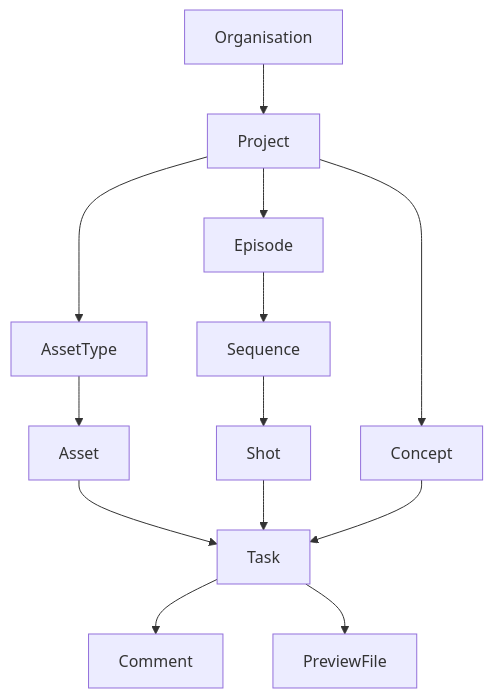
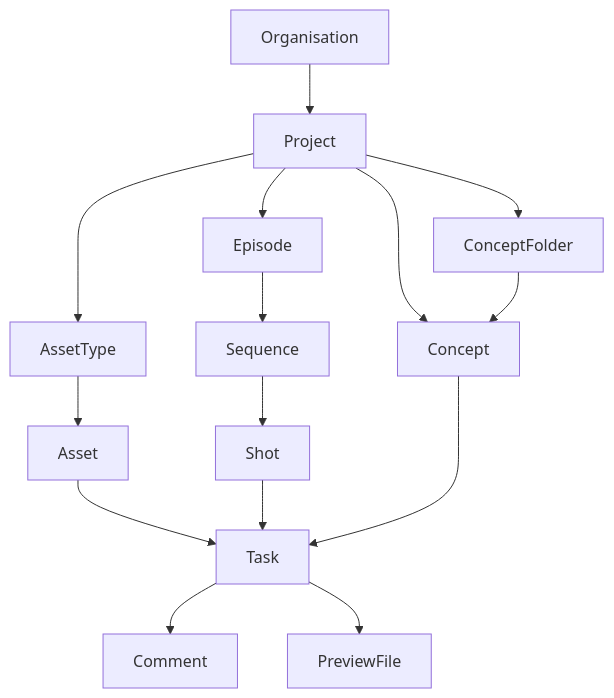
Before and after one commit to cgwire/kitsu-developer-documentation: the diagram in docs/references/data-models.md, drawn with Mermaid. The commit also changed other lines of this file and 1 other file, not shown here.

First line of the commit message:
[references] Document concept folders

````diff
--- a/docs/references/data-models.md
+++ b/docs/references/data-models.md
@@ -7,15 +7,17 @@
 ```mermaid
 graph TD
     O[Organisation] --> P[Project]
     P --> E[Episode]
     E --> SEQ[Sequence]
     SEQ --> S[Shot]
     P --> AT[AssetType]
     AT --> A[Asset]
     P --> C[Concept]
+    P --> CF[ConceptFolder]
+    CF --> C
     A --> T[Task]
     S --> T
     C --> T
     T --> CM[Comment]
     T --> PF[PreviewFile]
 ```
````
